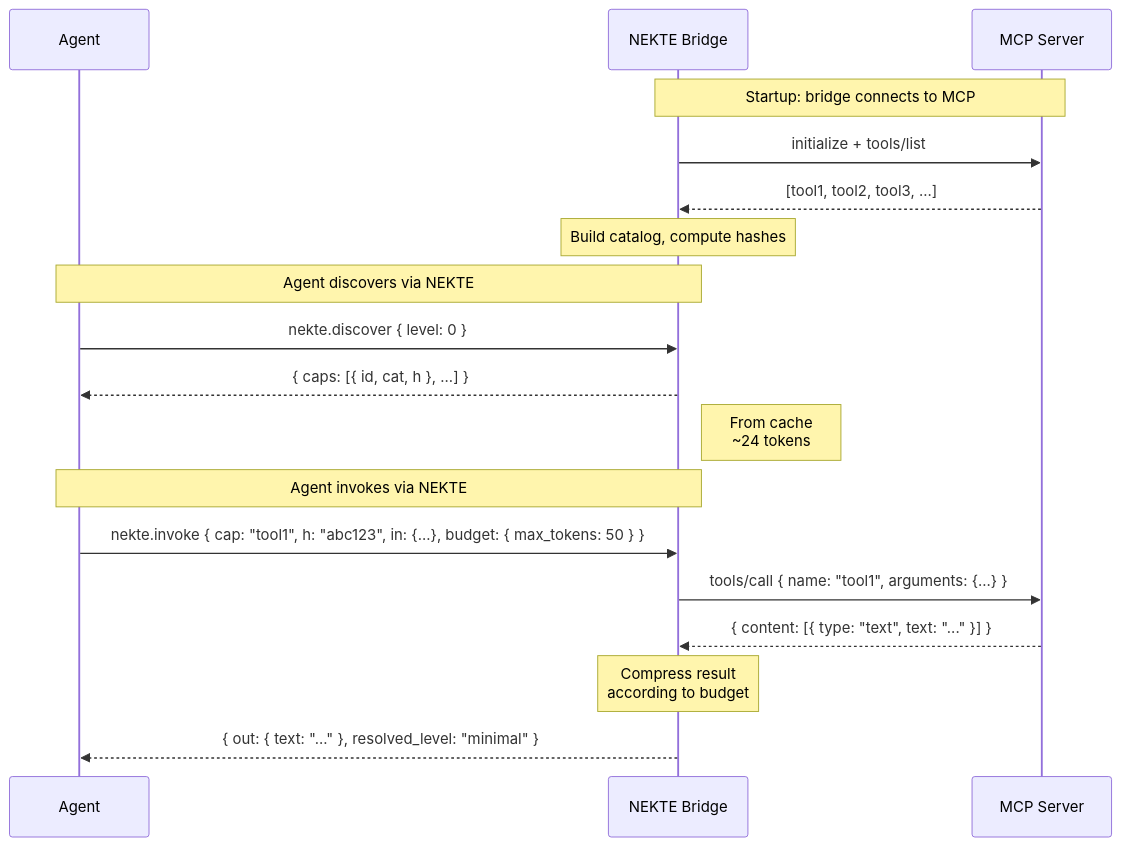
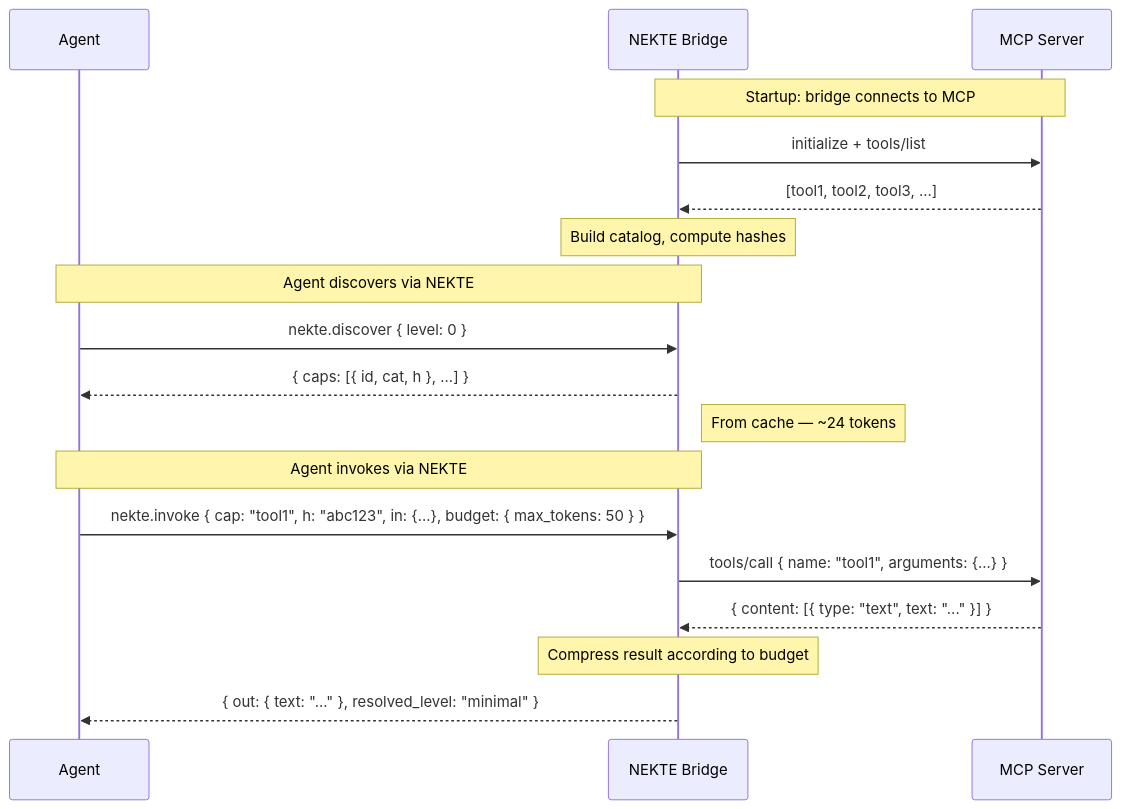
One commit to nekte-protocol/nekte changed the eighth of 11 diagrams in docs/PROTOCOL_FLOWS.md. Above: the diagram before and after it, drawn with Mermaid. The commit also changed other lines of this file and 28 other files, not shown here.

````diff
--- a/docs/PROTOCOL_FLOWS.md
+++ b/docs/PROTOCOL_FLOWS.md
@@ -57,23 +190,23 @@
 ```mermaid
 sequenceDiagram
     participant A as Agent
     participant BR as NEKTE Bridge
     participant MCP as MCP Server
 
     Note over BR,MCP: Startup: bridge connects to MCP
     BR->>MCP: initialize + tools/list
     MCP-->>BR: [tool1, tool2, tool3, ...]
     Note over BR: Build catalog, compute hashes
 
     Note over A,BR: Agent discovers via NEKTE
     A->>BR: nekte.discover { level: 0 }
     BR-->>A: { caps: [{ id, cat, h }, ...] }
-    Note right of BR: From cache<br/>~24 tokens
+    Note right of BR: From cache — ~24 tokens
 
     Note over A,BR: Agent invokes via NEKTE
     A->>BR: nekte.invoke { cap: "tool1", h: "abc123", in: {...}, budget: { max_tokens: 50 } }
     BR->>MCP: tools/call { name: "tool1", arguments: {...} }
     MCP-->>BR: { content: [{ type: "text", text: "..." }] }
-    Note over BR: Compress result<br/>according to budget
+    Note over BR: Compress result according to budget
     BR-->>A: { out: { text: "..." }, resolved_level: "minimal" }
 ```
````
